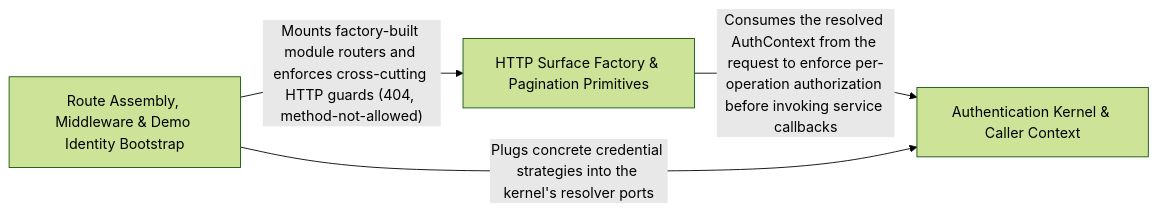
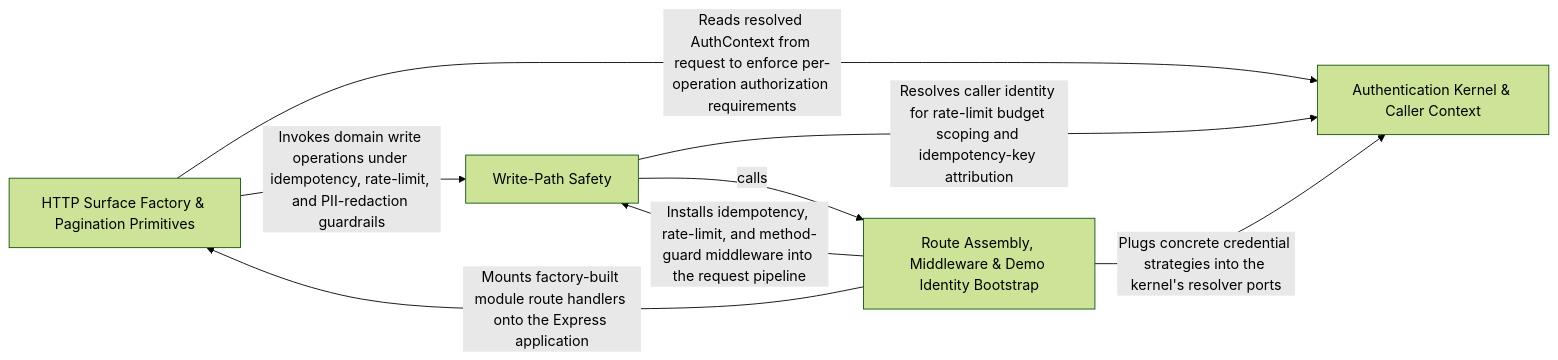
The diagram in .2brain/arch/App_Assembly_Authentication_Kernel.md (Guebbit/boilerplate-node-backend), drawn with Mermaid (forest theme) before and after one commit. The commit also changed other lines of this file and 1102 other files, not shown here.

````diff
--- a/.2brain/arch/App_Assembly_Authentication_Kernel.md
+++ b/.2brain/arch/App_Assembly_Authentication_Kernel.md
@@ -10,12 +10,17 @@
 ```mermaid
 graph LR
     Authentication_Kernel_Caller_Context["Authentication Kernel & Caller Context"]
     HTTP_Surface_Factory_Pagination_Primitives["HTTP Surface Factory & Pagination Primitives"]
     Route_Assembly_Middleware_Demo_Identity_Bootstrap["Route Assembly, Middleware & Demo Identity Bootstrap"]
-    HTTP_Surface_Factory_Pagination_Primitives -- "Consumes the resolved AuthContext from the request to enforce per-operation authorization before invoking service callbacks" --> Authentication_Kernel_Caller_Context
-    Route_Assembly_Middleware_Demo_Identity_Bootstrap -- "Mounts factory-built module routers and enforces cross-cutting HTTP guards (404, method-not-allowed)" --> HTTP_Surface_Factory_Pagination_Primitives
+    Write_Path_Safety["Write-Path Safety"]
+    HTTP_Surface_Factory_Pagination_Primitives -- "Reads resolved AuthContext from request to enforce per-operation authorization requirements" --> Authentication_Kernel_Caller_Context
+    HTTP_Surface_Factory_Pagination_Primitives -- "Invokes domain write operations under idempotency, rate-limit, and PII-redaction guardrails" --> Write_Path_Safety
+    Route_Assembly_Middleware_Demo_Identity_Bootstrap -- "Mounts factory-built module route handlers onto the Express application" --> HTTP_Surface_Factory_Pagination_Primitives
     Route_Assembly_Middleware_Demo_Identity_Bootstrap -- "Plugs concrete credential strategies into the kernel's resolver ports" --> Authentication_Kernel_Caller_Context
+    Route_Assembly_Middleware_Demo_Identity_Bootstrap -- "Installs idempotency, rate-limit, and method-guard middleware into the request pipeline" --> Write_Path_Safety
+    Write_Path_Safety -- "Resolves caller identity for rate-limit budget scoping and idempotency-key attribution" --> Authentication_Kernel_Caller_Context
+    Write_Path_Safety -- "calls" --> Route_Assembly_Middleware_Demo_Identity_Bootstrap
     click Authentication_Kernel_Caller_Context href "./Authentication_Kernel_Caller_Context.md" "Details"
     click HTTP_Surface_Factory_Pagination_Primitives href "./HTTP_Surface_Factory_Pagination_Primitives.md" "Details"
     click Route_Assembly_Middleware_Demo_Identity_Bootstrap href "./Route_Assembly_Middleware_Demo_Identity_Bootstrap.md" "Details"
 ```
````
